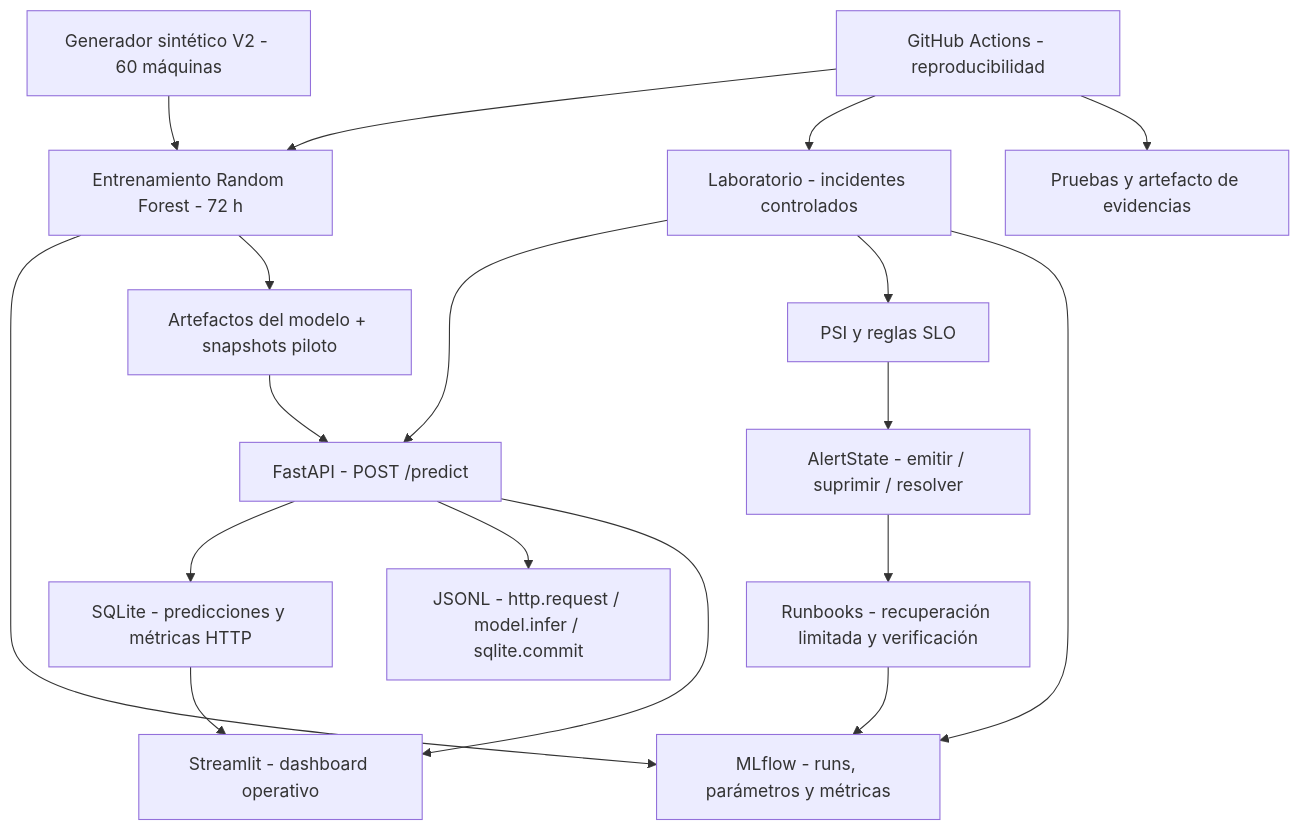
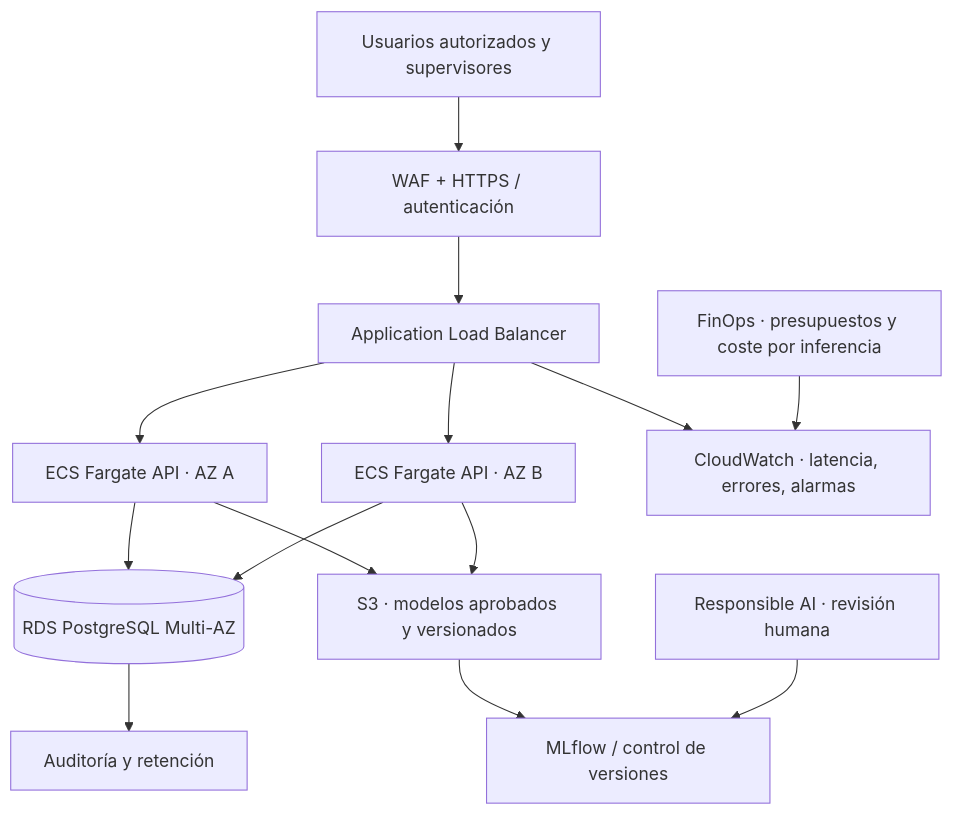
The diagram in README.md (isaaccg88/PredictiveMaintenance-AI-FaseII), drawn with Mermaid before and after one commit. The commit also changed other lines of this file, not shown here.

Commit message:
docs(actividad9): mostrar informe de la actividad 9 en portada del repositorio

````diff
--- a/README.md
+++ b/README.md
@@ -63,20 +62,16 @@
 ```mermaid
-flowchart TD
-    A[Generador sintético V2 - 60 máquinas] --> B[Entrenamiento Random Forest - 72 h]
-    B --> C[MLflow - runs, parámetros y métricas]
-    B --> D[Artefactos del modelo + snapshots piloto]
-    D --> E[FastAPI - POST /predict]
-    E --> F[SQLite - predicciones y métricas HTTP]
-    E --> G[JSONL - http.request / model.infer / sqlite.commit]
-    E --> H[Streamlit - dashboard operativo]
-    F --> H
-    I[Laboratorio - incidentes controlados] --> E
-    I --> J[PSI y reglas SLO]
-    J --> K[AlertState - emitir / suprimir / resolver]
-    K --> L[Runbooks - recuperación limitada y verificación]
-    I --> C
-    L --> C
-    M[GitHub Actions - reproducibilidad] --> B
-    M --> I
-    M --> N[Pruebas y artefacto de evidencias]
+flowchart TB
+  U[Usuarios autorizados y supervisores] --> W[WAF + HTTPS / autenticación]
+  W --> ALB[Application Load Balancer]
+  ALB --> AZ1[ECS Fargate API · AZ A]
+  ALB --> AZ2[ECS Fargate API · AZ B]
+  AZ1 --> RDS[(RDS PostgreSQL Multi-AZ)]
+  AZ2 --> RDS
+  AZ1 --> S3[S3 · modelos aprobados y versionados]
+  AZ2 --> S3
+  ALB --> OBS[CloudWatch · latencia, errores, alarmas]
+  RDS --> AUD[Auditoría y retención]
+  S3 --> ML[MLflow / control de versiones]
+  BUD[FinOps · presupuestos y coste por inferencia] --> OBS
+  GOV[Responsible AI · revisión humana] --> ML
 ```
````
